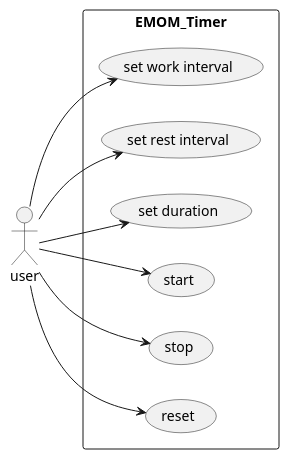
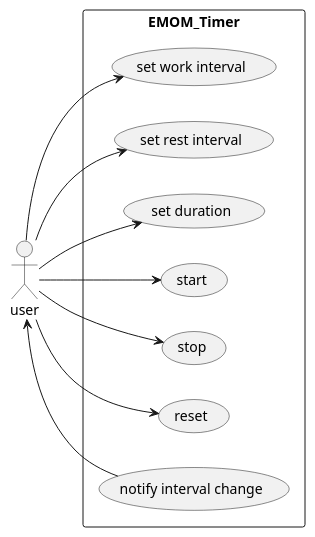
One commit to mcdigregorio/EMOM_Timer changed the diagram in UML_Diagrams/UseCase.puml. Above: the diagram before and after it, drawn with PlantUML.

Commit message:
Added to use case

```diff
--- a/UML_Diagrams/UseCase.puml
+++ b/UML_Diagrams/UseCase.puml
@@ -1,12 +1,13 @@
 @startuml
 left to right direction
 actor user
 rectangle EMOM_Timer{
 user-->(set work interval)
 user-->(set rest interval)
 user-->(set duration)
 user-->(start)
 user-->(stop)
 user-->(reset)
+(notify interval change)-->user
 }
 @enduml
```
